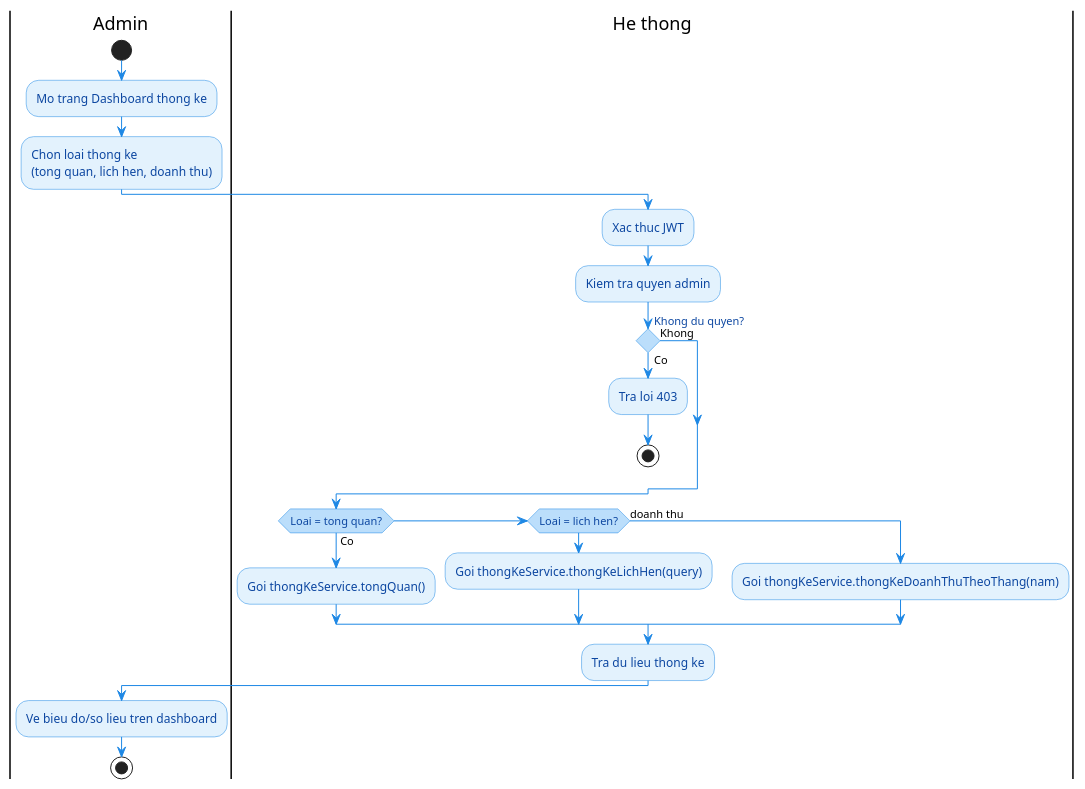
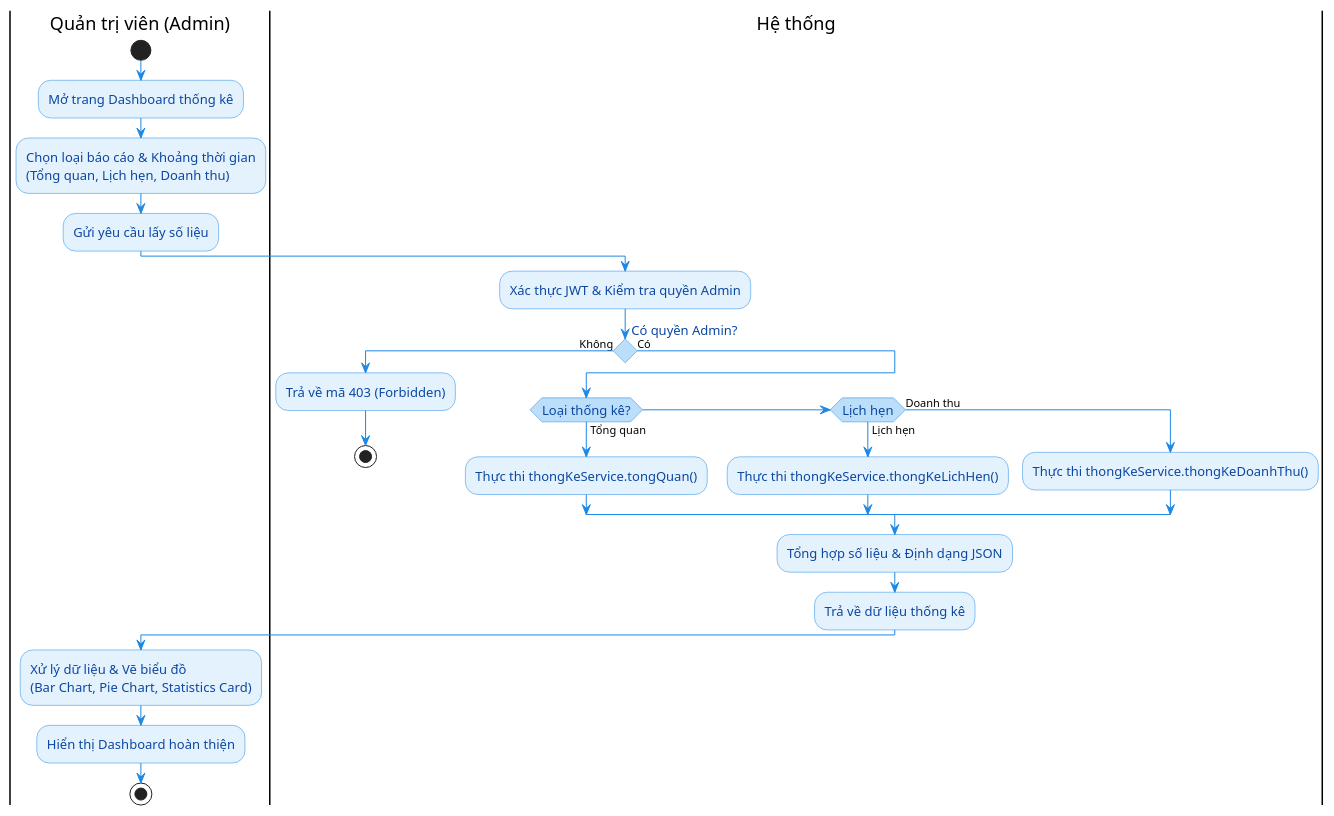
One commit to yqhuouc/HealthCare changed the diagram in server/doc/diagrams/ACT_10_XemThongKe.puml. Above: the diagram before and after it, drawn with PlantUML. The commit also changed 41 other files, not shown here.

Commit message:
feat: implement authentication system with password reset functionality and add project architecture documentation

```diff
--- a/server/doc/diagrams/ACT_10_XemThongKe.puml
+++ b/server/doc/diagrams/ACT_10_XemThongKe.puml
@@ -1,47 +1,50 @@
-@startuml Activity_XemThongKe
+@startuml Activity_XemThongKe_V2
 
 skinparam shadowing false
 skinparam backgroundColor white
 skinparam conditionStyle diamond
 skinparam ConditionEndStyle hline
 
 skinparam activity {
   BackgroundColor #E3F2FD
   BorderColor #1E88E5
   FontColor #0D47A1
-  RoundCorner 15
+  FontSize 13
+  RoundCorner 20
 }
 
 skinparam activityDiamondBackgroundColor #BBDEFB
 skinparam activityDiamondBorderColor #1E88E5
 skinparam activityDiamondFontColor #0D47A1
 skinparam ArrowColor #1E88E5
 
-|Admin|
+|Quản trị viên (Admin)|
 start
-:Mo trang Dashboard thong ke;
-:Chon loai thong ke\n(tong quan, lich hen, doanh thu);
+:Mở trang Dashboard thống kê;
+:Chọn loại báo cáo & Khoảng thời gian\n(Tổng quan, Lịch hẹn, Doanh thu);
+:Gửi yêu cầu lấy số liệu;
 
-|He thong|
-:Xac thuc JWT;
-:Kiem tra quyen admin;
-if (Khong du quyen?) then (Co)
-  :Tra loi 403;
+|Hệ thống|
+:Xác thực JWT & Kiểm tra quyền Admin;
+
+if (Có quyền Admin?) then (Không)
+  :Trả về mã 403 (Forbidden);
   stop
-else (Khong)
+else (Có)
+  if (Loại thống kê?) then (Tổng quan)
+    :Thực thi thongKeService.tongQuan();
+  elseif (Lịch hẹn) then (Lịch hẹn)
+    :Thực thi thongKeService.thongKeLichHen();
+  else (Doanh thu)
+    :Thực thi thongKeService.thongKeDoanhThu();
+  endif
+  
+  :Tổng hợp số liệu & Định dạng JSON;
+  :Trả về dữ liệu thống kê;
 endif
 
-if (Loai = tong quan?) then (Co)
-  :Goi thongKeService.tongQuan();
-elseif (Loai = lich hen?)
-  :Goi thongKeService.thongKeLichHen(query);
-else (doanh thu)
-  :Goi thongKeService.thongKeDoanhThuTheoThang(nam);
-endif
-
-:Tra du lieu thong ke;
-
-|Admin|
-:Ve bieu do/so lieu tren dashboard;
+|Quản trị viên (Admin)|
+:Xử lý dữ liệu & Vẽ biểu đồ\n(Bar Chart, Pie Chart, Statistics Card);
+:Hiển thị Dashboard hoàn thiện;
 stop
 @enduml
```
